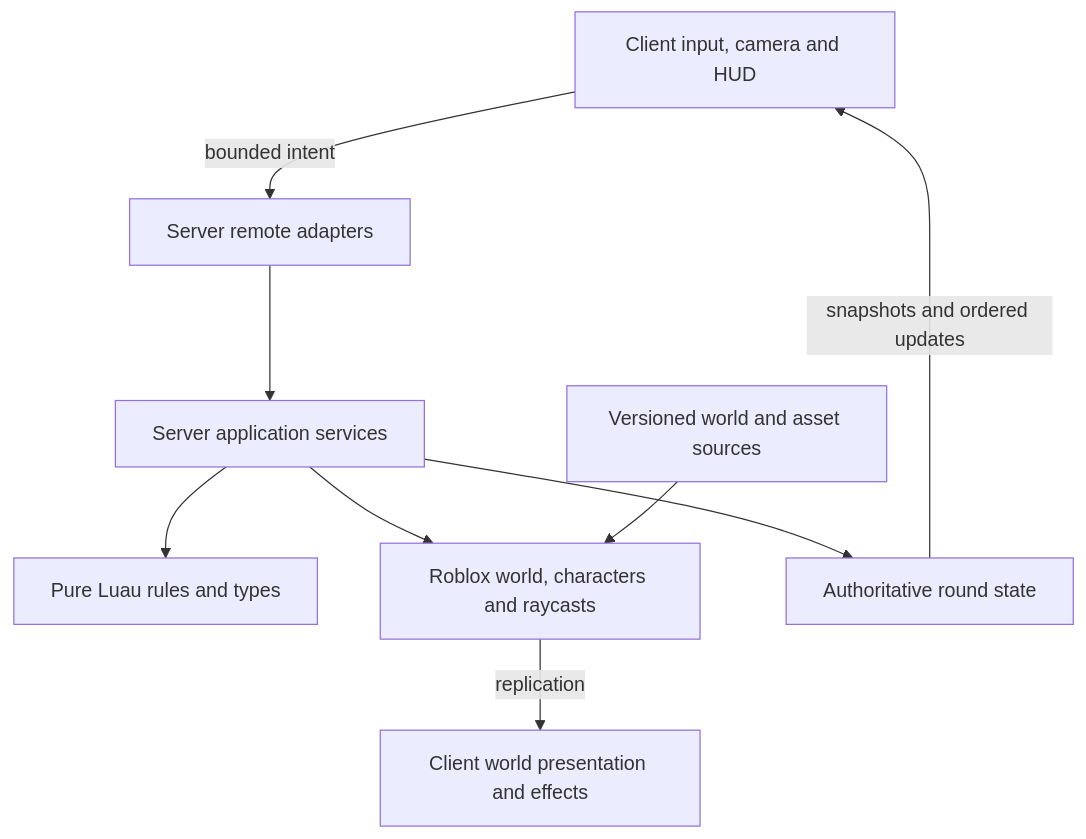
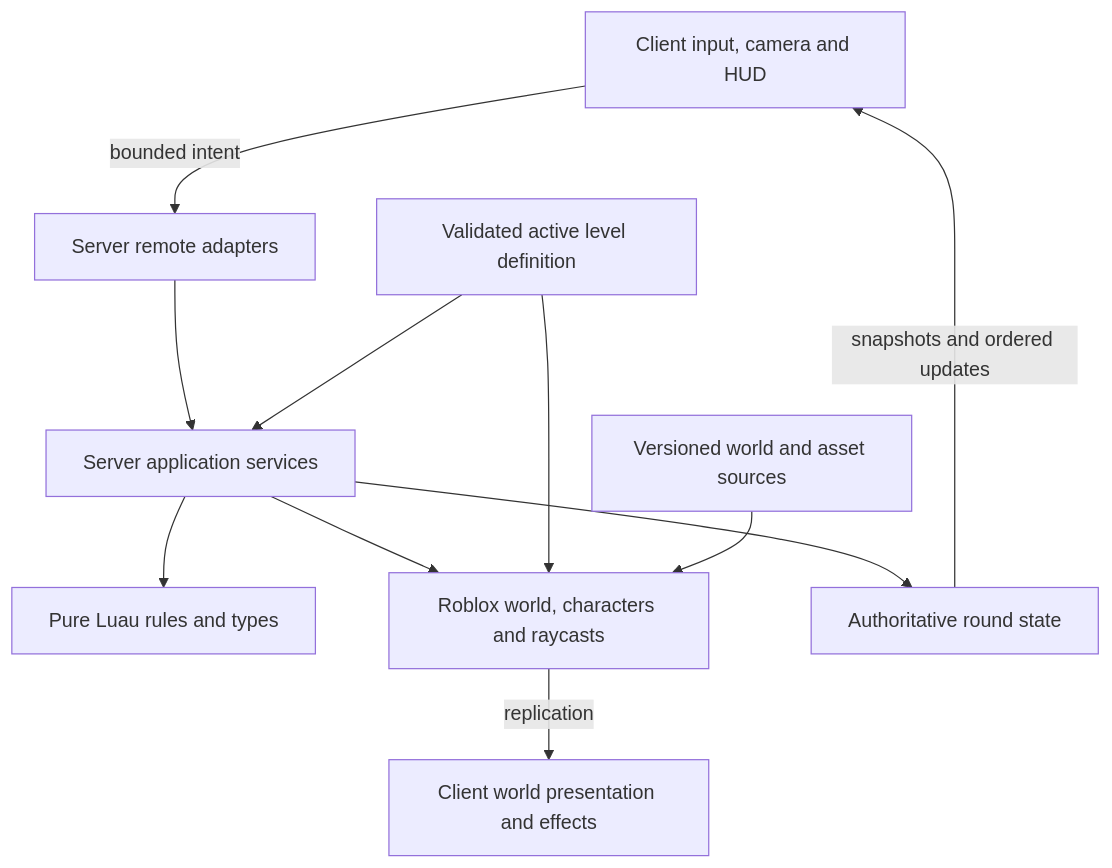
Before and after one commit to hanegraaff/roblox-c130-extraction-shooter: the diagram in architecture.md, drawn with Mermaid. The commit also changed other lines of this file and 26 other files, not shown here.

````diff
--- a/architecture.md
+++ b/architecture.md
@@ -49,11 +81,13 @@
 ```mermaid
 flowchart TB
     Input[Client input, camera and HUD] -->|bounded intent| Remotes[Server remote adapters]
     Remotes --> Services[Server application services]
     Services --> Rules[Pure Luau rules and types]
     Services --> Engine[Roblox world, characters and raycasts]
     Services --> State[Authoritative round state]
+    Level[Validated active level definition] --> Services
+    Level --> Engine
     State -->|snapshots and ordered updates| Input
     Engine -->|replication| Presentation[Client world presentation and effects]
     Assets[Versioned world and asset sources] --> Engine
 ```
````
